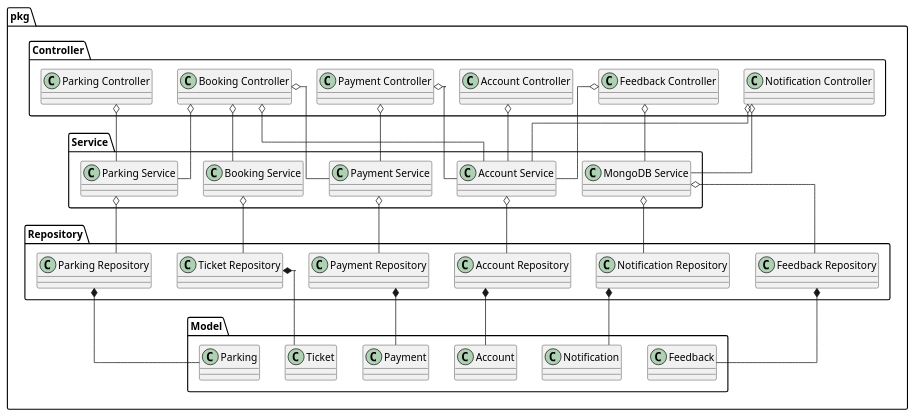
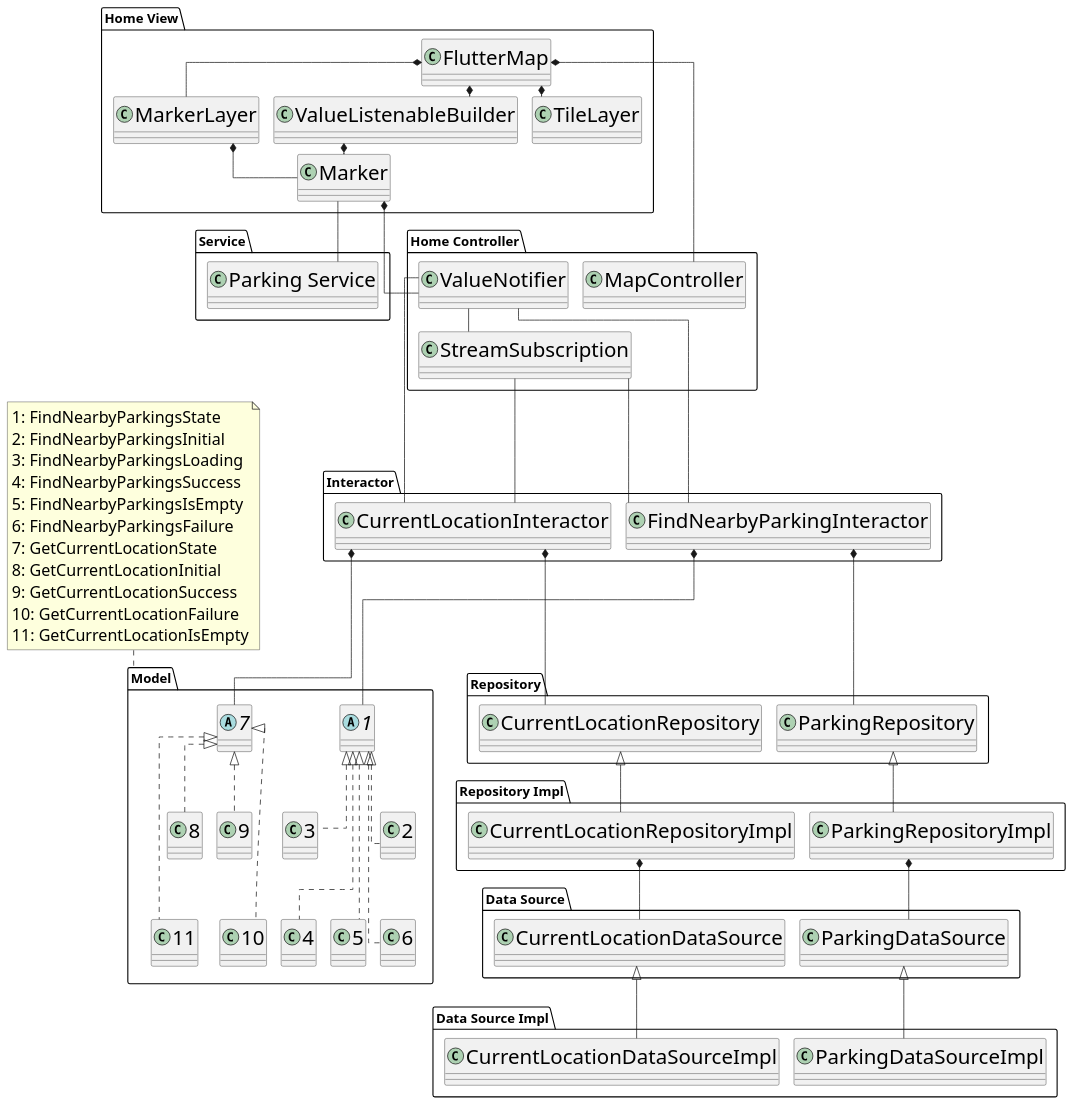
One commit to hieutbui/graduation-diagram changed the diagram in package/detail.wsd. Above: the diagram before and after it, drawn with PlantUML.

Commit message:
Update package detail

```diff
--- a/package/detail.wsd
+++ b/package/detail.wsd
@@ -1,76 +1,138 @@
 @startuml package_detail
 
 skinparam Linetype ortho
-
-package "pkg" {
-  package "Controller" {
-    class "Account Controller" as AccountController
-    class "Parking Controller" as ParkingController
-    class "Payment Controller" as PaymentController
-    class "Notification Controller" as NotificationController
-    class "Feedback Controller" as FeedbackController
-    class "Booking Controller" as BookingController
-  }
-
-  package "Service" {
-    class "Account Service" as AccountService
-    class "Parking Service" as ParkingService
-    class "Payment Service" as PaymentService
-    class "MongoDB Service" as MongoDBService
-    class "Booking Service" as BookingService
-  }
-
-  package "Repository" {
-    class "Account Repository" as AccountRepository
-    class "Parking Repository" as ParkingRepository
-    class "Payment Repository" as PaymentRepository
-    class "Notification Repository" as NotificationRepository
-    class "Feedback Repository" as FeedbackRepository
-    class "Ticket Repository" as TicketRepository
-  }
-
-  package "Model" {
-    class "Account" as Account
-    class "Parking" as Parking
-    class "Payment" as Payment
-    class "Notification" as Notification
-    class "Feedback" as Feedback
-    class "Ticket" as Ticket
-  }
-
-  AccountController o-- AccountService
-  FeedbackController o-- AccountService
-  BookingController o-- AccountService
-  NotificationController o-- AccountService
-  PaymentController o-- AccountService
-
-  ParkingController o-- ParkingService
-  BookingController o-- ParkingService
-
-  PaymentController o-- PaymentService
-  BookingController o-- PaymentService
-
-  NotificationController o-- MongoDBService
-  FeedbackController o-- MongoDBService
-  
-  BookingController o-- BookingService
-  
-  
-  
-
-  AccountService o-- AccountRepository
-  ParkingService o-- ParkingRepository
-  PaymentService o-- PaymentRepository
-  MongoDBService o-- NotificationRepository
-  MongoDBService o-- FeedbackRepository
-  BookingService o-- TicketRepository
-
-  AccountRepository *-- Account
-  ParkingRepository *-- Parking
-  PaymentRepository *-- Payment
-  NotificationRepository *-- Notification
-  FeedbackRepository *-- Feedback
-  TicketRepository *-- Ticket
+skinparam note {
+  FontSize 22
+  FontWeight light
+}
+skinparam class {
+  FontSize 28
+  FontWeight light
+}
+skinparam package {
+  FontSize 18
+  FontWeight light
+}
+skinparam {
+  Ranksep 15
+  Nodesep 20
 }
 
+package "Home View" {
+  class "ValueListenableBuilder" as ValueListenableBuilder
+  class "FlutterMap" as FlutterMap
+  class "TileLayer" as TileLayer
+  class "MarkerLayer" as MarkerLayer
+  class "Marker" as Marker
+}
+
+package "Home Controller" {
+  class "MapController" as MapController
+  class "StreamSubscription" as StreamSubscription
+  class "ValueNotifier" as ValueNotifier
+}
+
+package "Service" {
+  class "Parking Service" as ParkingService
+}
+
+package "Interactor" {
+  class "CurrentLocationInteractor" as CurrentLocationInteractor
+  class "FindNearbyParkingInteractor" as FindNearbyParkingInteractor
+}
+
+package "Repository" {
+  class "ParkingRepository" as ParkingRepository
+  class "CurrentLocationRepository" as CurrentLocationRepository
+}
+
+package "Repository Impl" {
+  class "ParkingRepositoryImpl" as ParkingRepositoryImpl
+  class "CurrentLocationRepositoryImpl" as CurrentLocationRepositoryImpl
+}
+
+package "Data Source" {
+  class "ParkingDataSource" as ParkingDataSource
+  class "CurrentLocationDataSource" as CurrentLocationDataSource
+}
+
+package "Data Source Impl" {
+  class "ParkingDataSourceImpl" as ParkingDataSourceImpl
+  class "CurrentLocationDataSourceImpl" as CurrentLocationDataSourceImpl
+}
+
+package "Model" {
+  abstract class "1" as FindNearbyParkingsState
+  class "2" as FindNearbyParkingsInitial
+  class "3" as FindNearbyParkingsLoading
+  class "4" as FindNearbyParkingsSuccess
+  class "5" as FindNearbyParkingsIsEmpty
+  class "6" as FindNearbyParkingsFailure
+  abstract class "7" as GetCurrentLocationState
+  class "8" as GetCurrentLocationInitial
+  class "9" as GetCurrentLocationSuccess
+  class "10" as GetCurrentLocationFailure
+  class "11" as GetCurrentLocationIsEmpty
+}
+
+note top of Model
+  1: FindNearbyParkingsState
+  2: FindNearbyParkingsInitial
+  3: FindNearbyParkingsLoading
+  4: FindNearbyParkingsSuccess
+  5: FindNearbyParkingsIsEmpty
+  6: FindNearbyParkingsFailure
+  7: GetCurrentLocationState
+  8: GetCurrentLocationInitial
+  9: GetCurrentLocationSuccess
+  10: GetCurrentLocationFailure
+  11: GetCurrentLocationIsEmpty
+end note
+
+FlutterMap *-- MapController
+FlutterMap *-- TileLayer
+FlutterMap *-- MarkerLayer
+FlutterMap *-- ValueListenableBuilder
+
+ValueListenableBuilder *-- Marker
+
+MarkerLayer *-- Marker
+
+Marker *-- ValueNotifier
+
+Marker -- ParkingService
+
+ValueNotifier -- StreamSubscription
+
+StreamSubscription -- FindNearbyParkingInteractor
+StreamSubscription -- CurrentLocationInteractor
+
+ValueNotifier -- FindNearbyParkingInteractor
+ValueNotifier -- CurrentLocationInteractor
+
+FindNearbyParkingInteractor *-- FindNearbyParkingsState
+CurrentLocationInteractor *-- GetCurrentLocationState
+
+FindNearbyParkingInteractor *-- ParkingRepository
+CurrentLocationInteractor *-- CurrentLocationRepository
+
+ParkingRepository <|-- ParkingRepositoryImpl
+CurrentLocationRepository <|-- CurrentLocationRepositoryImpl
+
+ParkingRepositoryImpl *-- ParkingDataSource
+CurrentLocationRepositoryImpl *-- CurrentLocationDataSource
+
+ParkingDataSource <|-- ParkingDataSourceImpl
+CurrentLocationDataSource <|-- CurrentLocationDataSourceImpl
+
+FindNearbyParkingsState <|.down. FindNearbyParkingsInitial
+FindNearbyParkingsState <|.down. FindNearbyParkingsLoading
+FindNearbyParkingsState <|.down.. FindNearbyParkingsSuccess
+FindNearbyParkingsState <|.down.. FindNearbyParkingsIsEmpty
+FindNearbyParkingsState <|.down.. FindNearbyParkingsFailure
+GetCurrentLocationState <|.down. GetCurrentLocationInitial
+GetCurrentLocationState <|.down. GetCurrentLocationSuccess
+GetCurrentLocationState <|.down.. GetCurrentLocationFailure
+GetCurrentLocationState <|.down.. GetCurrentLocationIsEmpty
+
 @enduml
```
